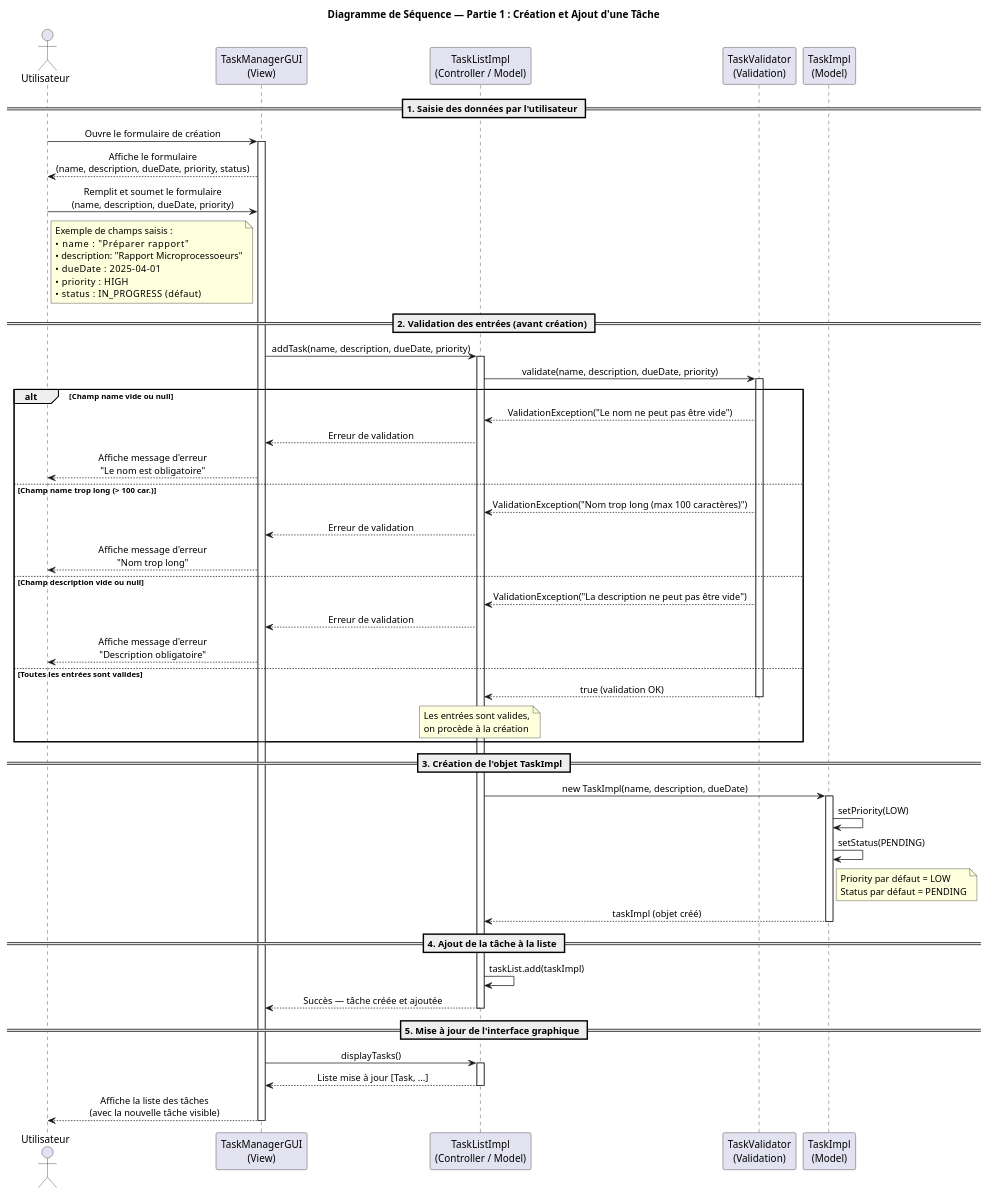
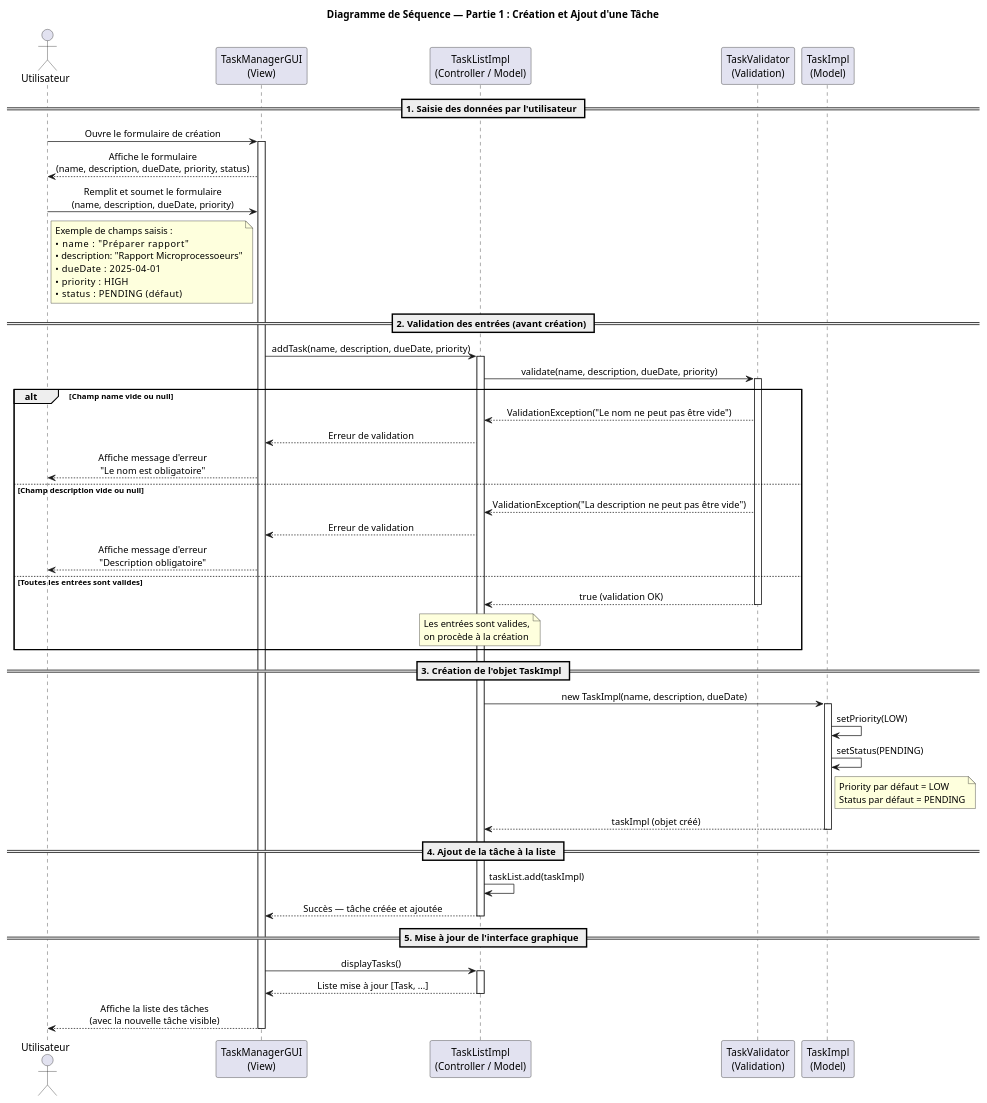
One commit to Julien3556/Gestionnaire_de_taches changed the diagram in sequence_diagram_partie1.puml. Above: the diagram before and after it, drawn with PlantUML. The commit also changed 4 other files, not shown here.

```diff
--- a/sequence_diagram_partie1.puml
+++ b/sequence_diagram_partie1.puml
@@ -1,90 +1,86 @@
 @startuml DiagrammeSequence_Partie1
 title Diagramme de Séquence — Partie 1 : Création et Ajout d'une Tâche
 
 skinparam sequenceMessageAlign center
 skinparam responseMessageBelowArrow true
 
 actor "Utilisateur" as User
 
 participant "TaskManagerGUI\n(View)" as GUI
 participant "TaskListImpl\n(Controller / Model)" as TLI
 participant "TaskValidator\n(Validation)" as VAL
 participant "TaskImpl\n(Model)" as TASK
 
 == 1. Saisie des données par l'utilisateur ==
 
 User -> GUI : Ouvre le formulaire de création
 activate GUI
 
 GUI --> User : Affiche le formulaire\n(name, description, dueDate, priority, status)
 
 User -> GUI : Remplit et soumet le formulaire\n(name, description, dueDate, priority)
 note right of User
   Exemple de champs saisis :
   • name       : "Préparer rapport"
   • description: "Rapport Microprocessoeurs"
   • dueDate    : 2025-04-01
   • priority   : HIGH
-  • status     : IN_PROGRESS (défaut)
+  • status     : PENDING (défaut)
 end note
 
 == 2. Validation des entrées (avant création) ==
 
 GUI -> TLI : addTask(name, description, dueDate, priority)
 activate TLI
 
 TLI -> VAL : validate(name, description, dueDate, priority)
 activate VAL
 
 alt Champ name vide ou null
     VAL --> TLI : ValidationException("Le nom ne peut pas être vide")
     TLI --> GUI : Erreur de validation
     GUI --> User : Affiche message d'erreur\n"Le nom est obligatoire"
-else Champ name trop long (> 100 car.)
-    VAL --> TLI : ValidationException("Nom trop long (max 100 caractères)")
-    TLI --> GUI : Erreur de validation
-    GUI --> User : Affiche message d'erreur\n"Nom trop long"
 else Champ description vide ou null
     VAL --> TLI : ValidationException("La description ne peut pas être vide")
     TLI --> GUI : Erreur de validation
     GUI --> User : Affiche message d'erreur\n"Description obligatoire"
 else Toutes les entrées sont valides
     VAL --> TLI : true (validation OK)
     deactivate VAL
     note over TLI : Les entrées sont valides,\non procède à la création
 end
 
 == 3. Création de l'objet TaskImpl ==
 
 TLI -> TASK : new TaskImpl(name, description, dueDate)
 activate TASK
 
 TASK -> TASK : setPriority(LOW)
 TASK -> TASK : setStatus(PENDING)
 note right of TASK
   Priority par défaut = LOW
   Status par défaut = PENDING
 end note
 
 TASK --> TLI : taskImpl (objet créé)
 deactivate TASK
 
 == 4. Ajout de la tâche à la liste ==
 
 TLI -> TLI : taskList.add(taskImpl)
 
 
 TLI --> GUI : Succès — tâche créée et ajoutée
 deactivate TLI
 
 == 5. Mise à jour de l'interface graphique ==
 
 GUI -> TLI : displayTasks()
 activate TLI
 TLI --> GUI : Liste mise à jour [Task, ...]
 deactivate TLI
 
 GUI --> User : Affiche la liste des tâches\n(avec la nouvelle tâche visible)
 deactivate GUI
 
 @enduml
```
